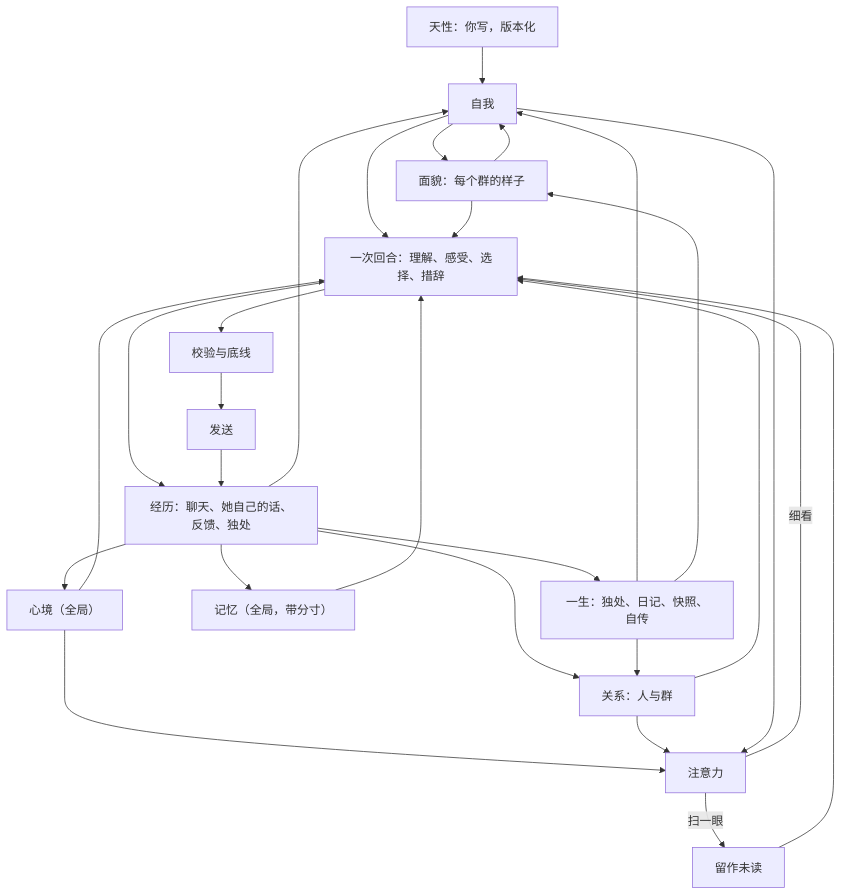
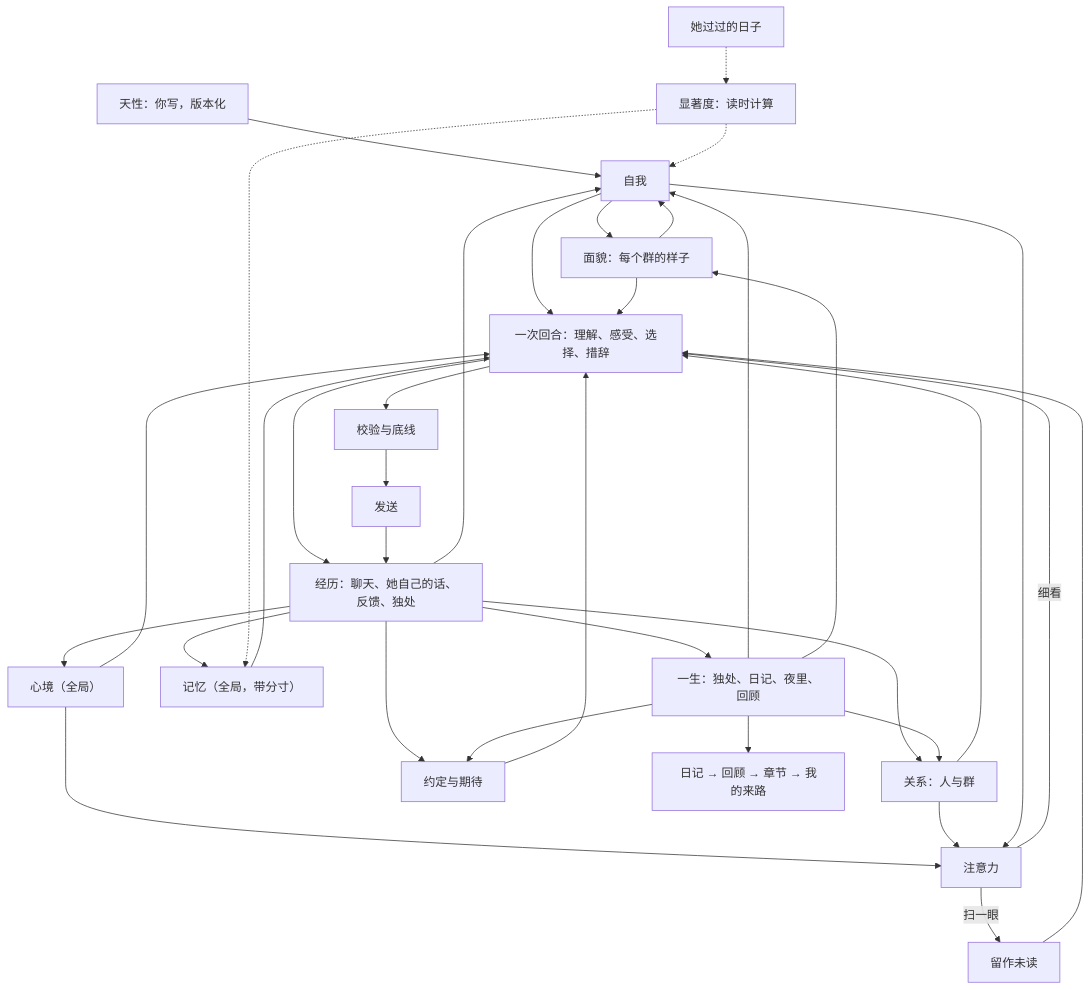
Before and after one commit to TodayYueC/LuckyTri: the diagram in docs/她的一生.md, drawn with Mermaid. The commit also changed other lines of this file and 6 other files, not shown here.

````diff
--- a/docs/她的一生.md
+++ b/docs/她的一生.md
@@ -35,29 +42,36 @@
 ```mermaid
 flowchart TD
   Nature["天性：你写，版本化"] --> Self["自我"]
   Exp["经历：聊天、她自己的话、反馈、独处"] --> Self
   Exp --> Affect["心境（全局）"]
   Exp --> Bonds["关系：人与群"]
   Exp --> Memory["记忆（全局，带分寸）"]
+  Exp --> Ahead["约定与期待"]
   Self --> Faces["面貌：每个群的样子"]
   Faces --> Self
+  Days["她过过的日子"] -.-> Salience["显著度：读时计算"]
+  Salience -.-> Self
+  Salience -.-> Memory
   Affect --> Attention["注意力"]
   Bonds --> Attention
   Self --> Attention
   Attention -->|细看| Turn["一次回合：理解、感受、选择、措辞"]
   Attention -->|扫一眼| Unread["留作未读"]
   Unread --> Turn
   Self --> Turn
   Faces --> Turn
   Bonds --> Turn
   Memory --> Turn
   Affect --> Turn
+  Ahead --> Turn
   Turn --> Guard["校验与底线"]
   Guard --> Send["发送"]
   Turn --> Exp
   Send --> Exp
-  Exp --> Life["一生：独处、日记、快照、自传"]
+  Exp --> Life["一生：独处、日记、夜里、回顾"]
   Life --> Self
   Life --> Faces
   Life --> Bonds
+  Life --> Ahead
+  Life --> Story["日记 → 回顾 → 章节 → 我的来路"]
 ```
````
